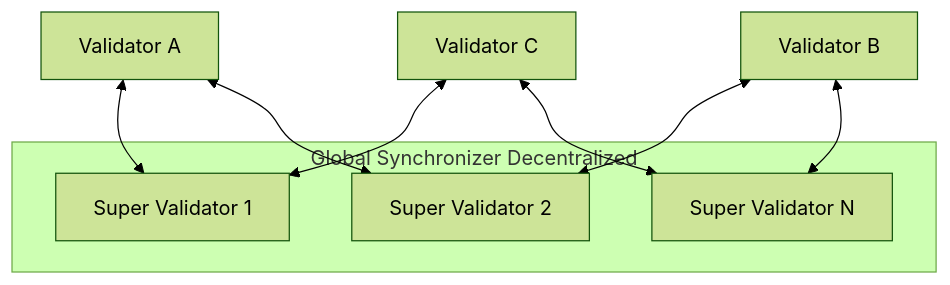
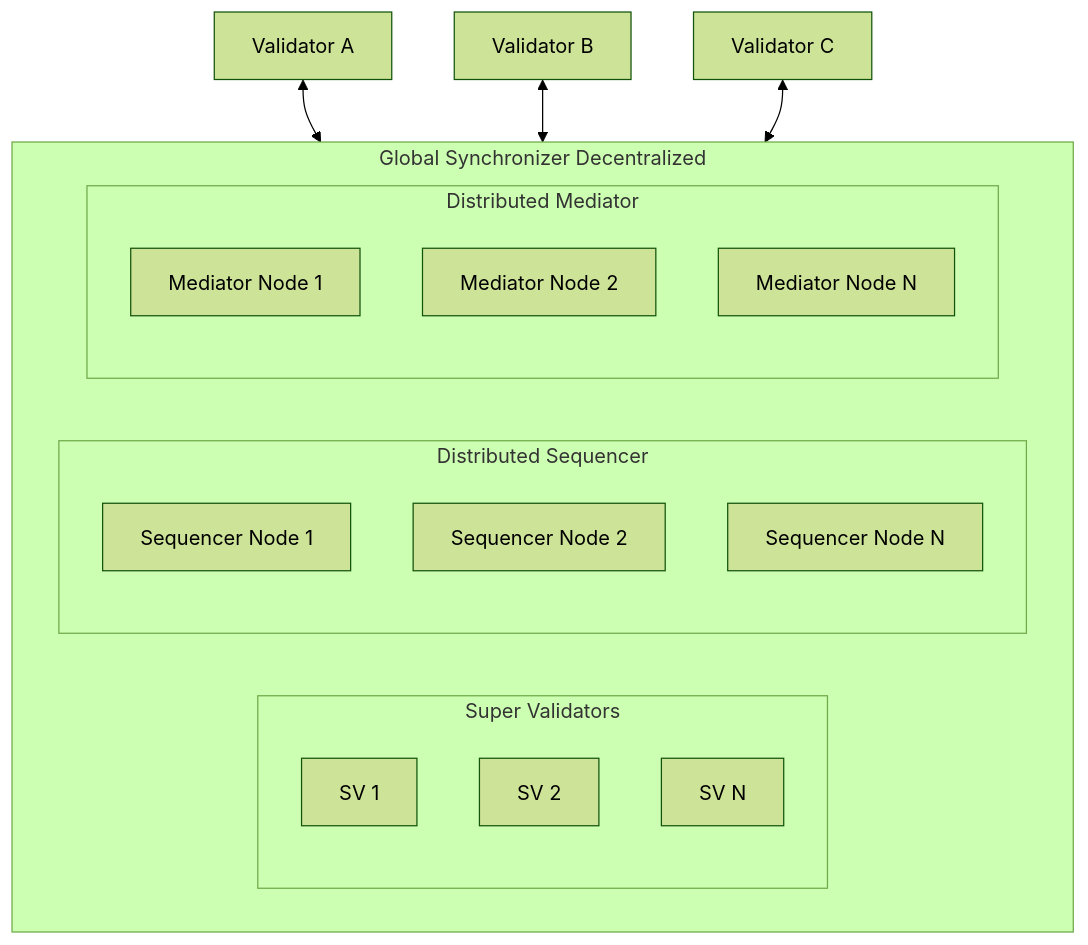
The sixth of 7 diagrams in docs-main/overview/learn/architecture.mdx (canton-network/cf-docs), drawn with Mermaid (forest theme) before and after one commit. The commit also changed 24 other files, not shown here.

````diff
--- a/docs-main/overview/learn/architecture.mdx
+++ b/docs-main/overview/learn/architecture.mdx
@@ -210,19 +210,28 @@
 ```mermaid
 flowchart TB
     subgraph GSD[Global Synchronizer Decentralized]
-        SV1[Super Validator 1]
-        SV2[Super Validator 2]
-        SV3[Super Validator N]
+        subgraph SVs[Super Validators]
+            SV1[SV 1]
+            SV2[SV 2]
+            SV3[SV N]
+        end
+        subgraph SEQs[Distributed Sequencer]
+            SEQ1[Sequencer Node 1]
+            SEQ2[Sequencer Node 2]
+            SEQ3[Sequencer Node N]
+        end
+        subgraph MEDs[Distributed Mediator]
+            MED1[Mediator Node 1]
+            MED2[Mediator Node 2]
+            MED3[Mediator Node N]
+        end
     end
 
     V1[Validator A]
     V2[Validator B]
     V3[Validator C]
 
-    V1 <--> SV1
-    V1 <--> SV2
-    V2 <--> SV2
-    V2 <--> SV3
-    V3 <--> SV1
-    V3 <--> SV3
+    V1 <--> GSD
+    V2 <--> GSD
+    V3 <--> GSD
 ```
````
